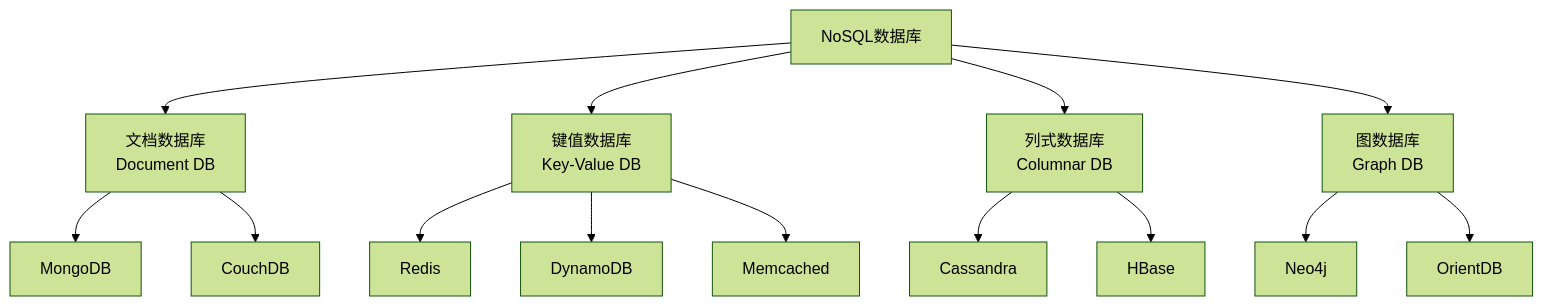
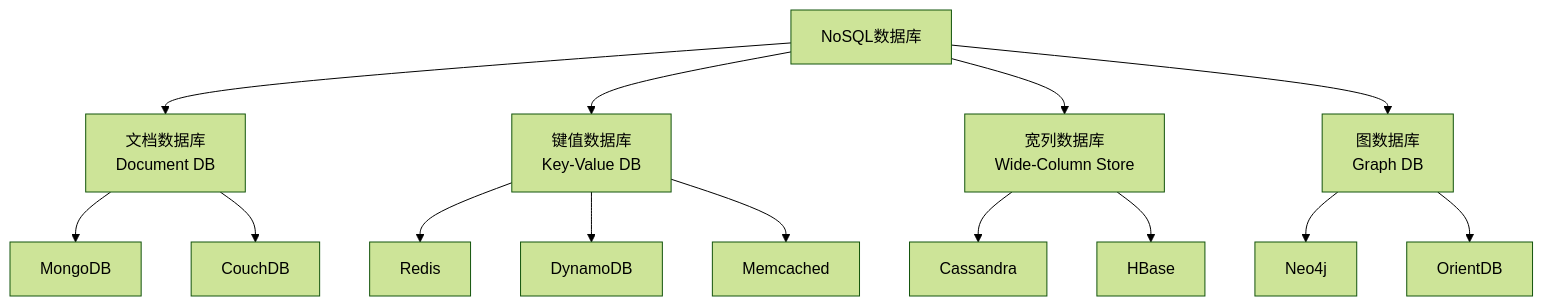
One commit to before80/prgms changed the third of 8 diagrams in content/linux/database/Chapter-43-Database-Basics.md. Above: the diagram before and after it, drawn with Mermaid (forest theme). The commit also changed other lines of this file and 1645 other files, not shown here.

````diff
--- a/content/linux/database/Chapter-43-Database-Basics.md
+++ b/content/linux/database/Chapter-43-Database-Basics.md
@@ -373,20 +378,20 @@
 ```mermaid
 graph TB
     A[NoSQL数据库] --> B[文档数据库<br/>Document DB]
     A --> C[键值数据库<br/>Key-Value DB]
-    A --> D[列式数据库<br/>Columnar DB]
+    A --> D[宽列数据库<br/>Wide-Column Store]
     A --> E[图数据库<br/>Graph DB]
     
     B --> B1[MongoDB]
     B --> B2[CouchDB]
     
     C --> C1[Redis]
     C --> C2[DynamoDB]
     C --> C3[Memcached]
     
     D --> D1[Cassandra]
     D --> D2[HBase]
     
     E --> E1[Neo4j]
     E --> E2[OrientDB]
 ```
````
